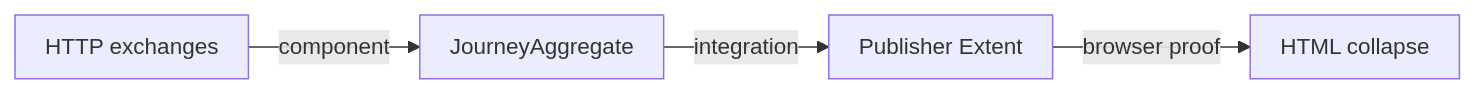
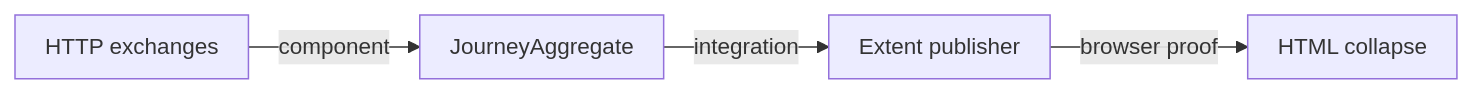
The fourth of 4 diagrams in atf-reporting-tests/README.md (crististefanita/atf_j0), drawn with Mermaid before and after one commit. The commit also changed other lines of this file and 13 other files, not shown here.

````diff
--- a/atf-reporting-tests/README.md
+++ b/atf-reporting-tests/README.md
@@ -705,7 +677,7 @@
 ```mermaid
 %%{init: {"themeVariables":{"fontSize":"15px"},"themeCSS":".nodeLabel, .nodeLabel p { font-size: 15px !important; line-height: 1.35 !important; } .edgeLabel, .edgeLabel p { font-size: 12px !important; font-weight: 400 !important; line-height: 1.2 !important; } .edgeLabel .labelBkg, .edgeLabel p { background: transparent !important; } .edgeLabel foreignObject { transform: translateY(-10px); overflow: visible; } .node rect { rx: 6px; ry: 6px; }","flowchart":{"curve":"linear","nodeSpacing":24,"rankSpacing":40,"padding":10}}}%%
 flowchart LR
     Evidence["HTTP exchanges"] -->|component| Aggregate["JourneyAggregate"]
-    Aggregate -->|integration| Publisher["Publisher Extent"]
+    Aggregate -->|integration| Publisher["Extent publisher"]
     Publisher -->|browser proof| Render["HTML collapse"]
 ```
````
